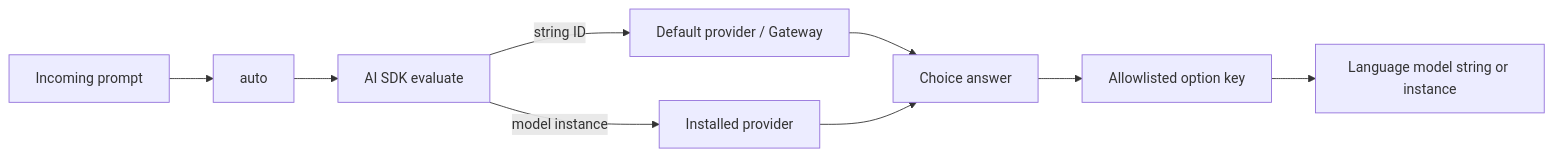
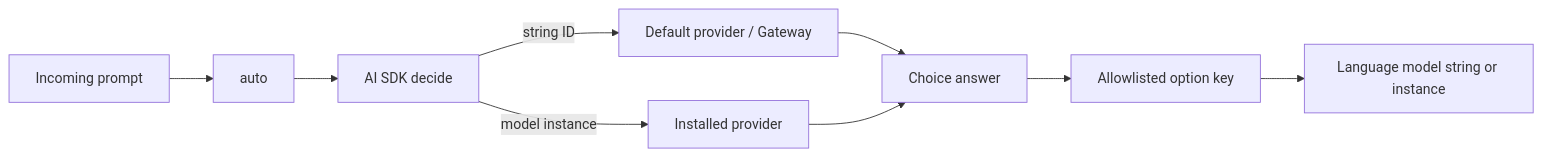
One commit to vercel/eve changed the diagram in research/jev-decision-models.md. Above: the diagram before and after it, drawn with Mermaid. The commit also changed other lines of this file and 79 other files, not shown here.

First line of the commit message:
feat(eve)!: rename AI SDK evaluate to decide and update ai-sdk to latest

````diff
--- a/research/jev-decision-models.md
+++ b/research/jev-decision-models.md
@@ -69,11 +69,11 @@
 ```mermaid
 flowchart LR
   P[Incoming prompt] --> A[auto]
-  A --> E[AI SDK evaluate]
+  A --> E[AI SDK decide]
   E -->|string ID| G[Default provider / Gateway]
   E -->|model instance| D[Installed provider]
   G --> C[Choice answer]
   D --> C
   C --> K[Allowlisted option key]
   K --> L[Language model string or instance]
 ```
````
